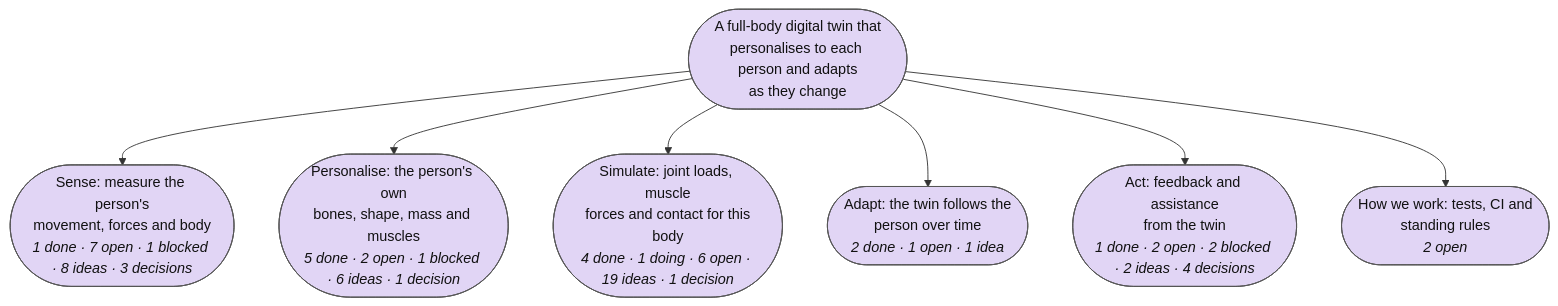
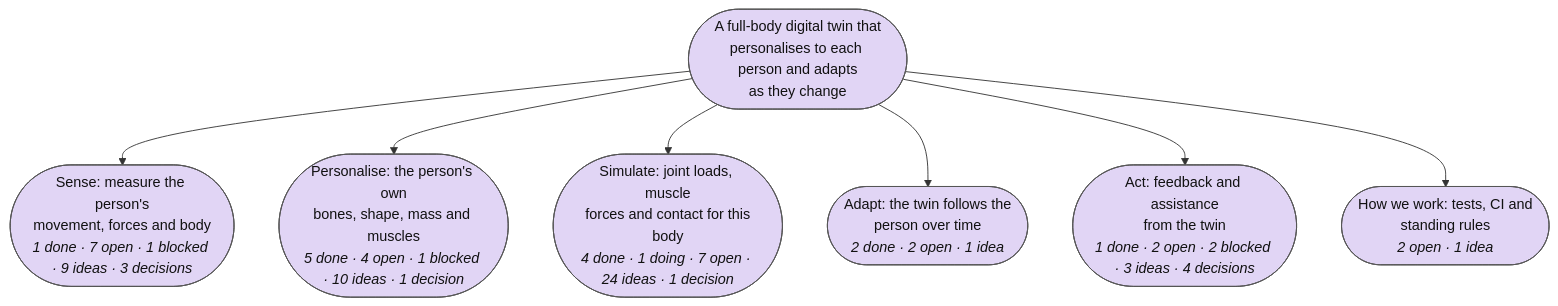
Before and after one commit to Sigurius23/Rehab-agent: the first of 7 diagrams in plan/MAP.md, drawn with Mermaid. The commit also changed other lines of this file and 30 other files, not shown here.

````diff
--- a/plan/MAP.md
+++ b/plan/MAP.md
@@ -9,35 +9,35 @@
 ```mermaid
 flowchart TB
   r(["A full-body digital twin that<br/>personalises to each person and adapts<br/>as they change"]):::goal_open
-  p0(["Sense: measure the person's<br/>movement, forces and body<br/><i>1 done · 7 open · 1 blocked · 8 ideas · 3 decisions</i>"]):::goal_open
+  p0(["Sense: measure the person's<br/>movement, forces and body<br/><i>1 done · 7 open · 1 blocked · 9 ideas · 3 decisions</i>"]):::goal_open
   r --> p0
-  p1(["Personalise: the person's own<br/>bones, shape, mass and muscles<br/><i>5 done · 2 open · 1 blocked · 6 ideas · 1 decision</i>"]):::goal_open
+  p1(["Personalise: the person's own<br/>bones, shape, mass and muscles<br/><i>5 done · 4 open · 1 blocked · 10 ideas · 1 decision</i>"]):::goal_open
   r --> p1
-  p2(["Simulate: joint loads, muscle<br/>forces and contact for this<br/>body<br/><i>4 done · 1 doing · 6 open · 19 ideas · 1 decision</i>"]):::goal_open
+  p2(["Simulate: joint loads, muscle<br/>forces and contact for this<br/>body<br/><i>4 done · 1 doing · 7 open · 24 ideas · 1 decision</i>"]):::goal_open
   r --> p2
-  p3(["Adapt: the twin follows the<br/>person over time<br/><i>2 done · 1 open · 1 idea</i>"]):::goal_open
+  p3(["Adapt: the twin follows the<br/>person over time<br/><i>2 done · 2 open · 1 idea</i>"]):::goal_open
   r --> p3
-  p4(["Act: feedback and assistance<br/>from the twin<br/><i>1 done · 2 open · 2 blocked · 2 ideas · 4 decisions</i>"]):::goal_open
+  p4(["Act: feedback and assistance<br/>from the twin<br/><i>1 done · 2 open · 2 blocked · 3 ideas · 4 decisions</i>"]):::goal_open
   r --> p4
-  p5(["How we work: tests, CI and<br/>standing rules<br/><i>2 open</i>"]):::goal_open
+  p5(["How we work: tests, CI and<br/>standing rules<br/><i>2 open · 1 idea</i>"]):::goal_open
   r --> p5
   classDef goal_open fill:#e1d5f5,stroke:#555,color:#111
   classDef goal_done fill:#c8e6c9,stroke:#555,color:#111
   classDef step_open fill:#ffffff,stroke:#555,color:#111
   classDef step_doing fill:#fff3c4,stroke:#555,color:#111
   classDef step_done fill:#c8e6c9,stroke:#555,color:#111
   classDef step_blocked fill:#ffe0b2,stroke:#555,color:#111
   classDef step_dropped fill:#eeeeee,stroke:#555,color:#111
   classDef test_planned fill:#ffffff,stroke:#555,color:#111
   classDef test_running fill:#fff3c4,stroke:#555,color:#111
   classDef test_passed fill:#c8e6c9,stroke:#555,color:#111
   classDef test_failed fill:#ffcdd2,stroke:#555,color:#111
   classDef test_mixed fill:#fff3c4,stroke:#555,color:#111
   classDef test_dropped fill:#eeeeee,stroke:#555,color:#111
   classDef idea_new fill:#d7f0f7,stroke:#555,color:#111,stroke-dasharray: 4 3
   classDef idea_promoted fill:#eeeeee,stroke:#555,color:#111,stroke-dasharray: 4 3
   classDef idea_dropped fill:#eeeeee,stroke:#555,color:#111,stroke-dasharray: 4 3
   classDef decision_open fill:#ffe0b2,stroke:#555,color:#111
   classDef decision_decided fill:#ffe0b2,stroke:#555,color:#111
   classDef external fill:#f5f5f5,stroke:#aaa,color:#777,stroke-dasharray: 2 2
 ```
````
